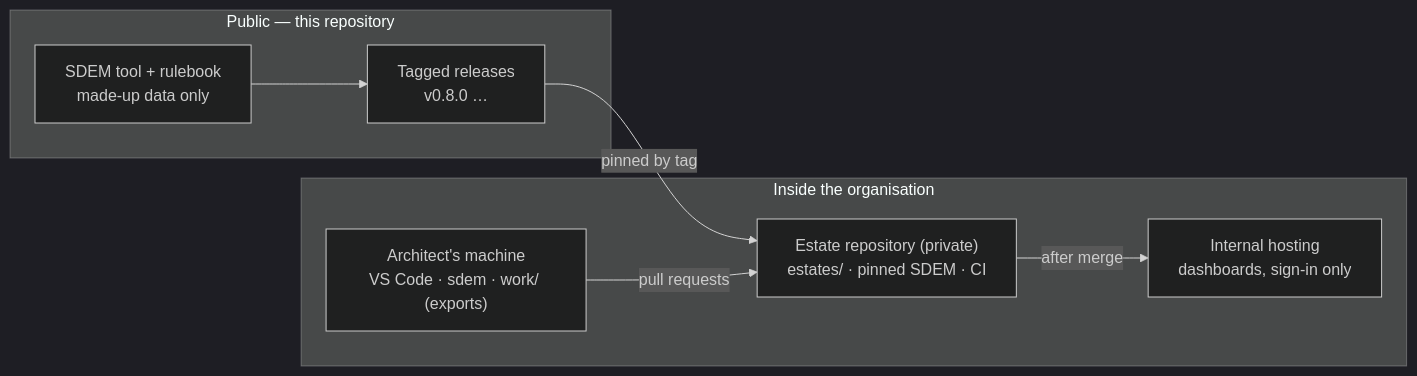
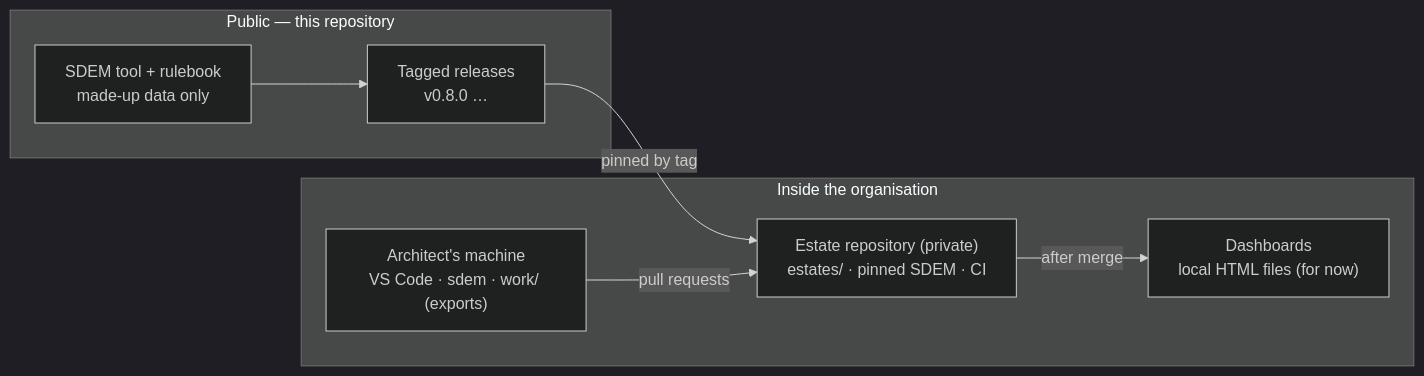
Before and after one commit to taumoeps/bian-sdem-framework: the diagram in docs/sdem-operating-model.md, drawn with Mermaid (dark theme). The commit also changed other lines of this file and 1 other file, not shown here.

Commit message:
OM-3 decided by the owner: dashboards are local HTML files for now (sdem home / sdem dashboard), internal hosting later

````diff
--- a/docs/sdem-operating-model.md
+++ b/docs/sdem-operating-model.md
@@ -7,14 +7,14 @@
 ```mermaid
 flowchart LR
     subgraph PUB["Public — this repository"]
       T["SDEM tool + rulebook<br/>made-up data only"] --> REL["Tagged releases<br/>v0.8.0 …"]
     end
     subgraph ORG["Inside the organisation"]
       ER["Estate repository (private)<br/>estates/ · pinned SDEM · CI"]
       WS["Architect's machine<br/>VS Code · sdem · work/ (exports)"]
-      H["Internal hosting<br/>dashboards, sign-in only"]
+      H["Dashboards<br/>local HTML files (for now)"]
     end
     REL -- "pinned by tag" --> ER
     WS -- "pull requests" --> ER
     ER -- "after merge" --> H
 ```
````
